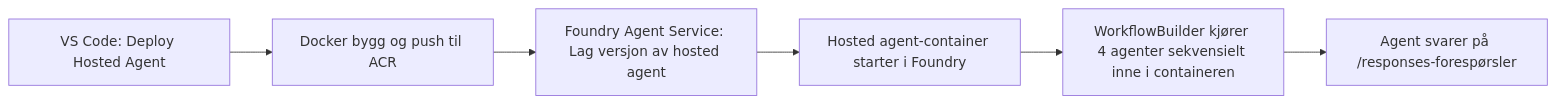
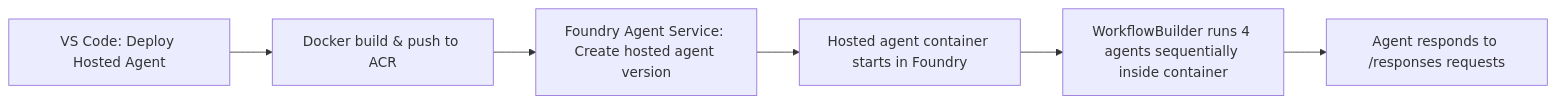
The diagram in translations/no/workshop/lab02-multi-agent/docs/06-deploy-to-foundry.md (microsoft-foundry/Foundry_Toolkit_for_VSCode_Lab), drawn with Mermaid before and after one commit. The commit also changed other lines of this file and 83 other files, not shown here.

````diff
--- a/translations/no/workshop/lab02-multi-agent/docs/06-deploy-to-foundry.md
+++ b/translations/no/workshop/lab02-multi-agent/docs/06-deploy-to-foundry.md
@@ -11,8 +11,8 @@
 ```mermaid
 flowchart LR
-    A[VS Code: Deploy Hosted Agent] --> B[Docker bygg og push til ACR]
-    B --> C[Foundry Agent Service: Lag versjon av hosted agent]
-    C --> D[Hosted agent-container starter i Foundry]
-    D --> E[WorkflowBuilder kjører 4 agenter sekvensielt inne i containeren]
-    E --> F[Agent svarer på /responses-forespørsler]
+    A[VS Code: Deploy Hosted Agent] --> B[Docker build & push to ACR]
+    B --> C[Foundry Agent Service: Create hosted agent version]
+    C --> D[Hosted agent container starts in Foundry]
+    D --> E[WorkflowBuilder runs 4 agents sequentially inside container]
+    E --> F[Agent responds to /responses requests]
 ```
````
